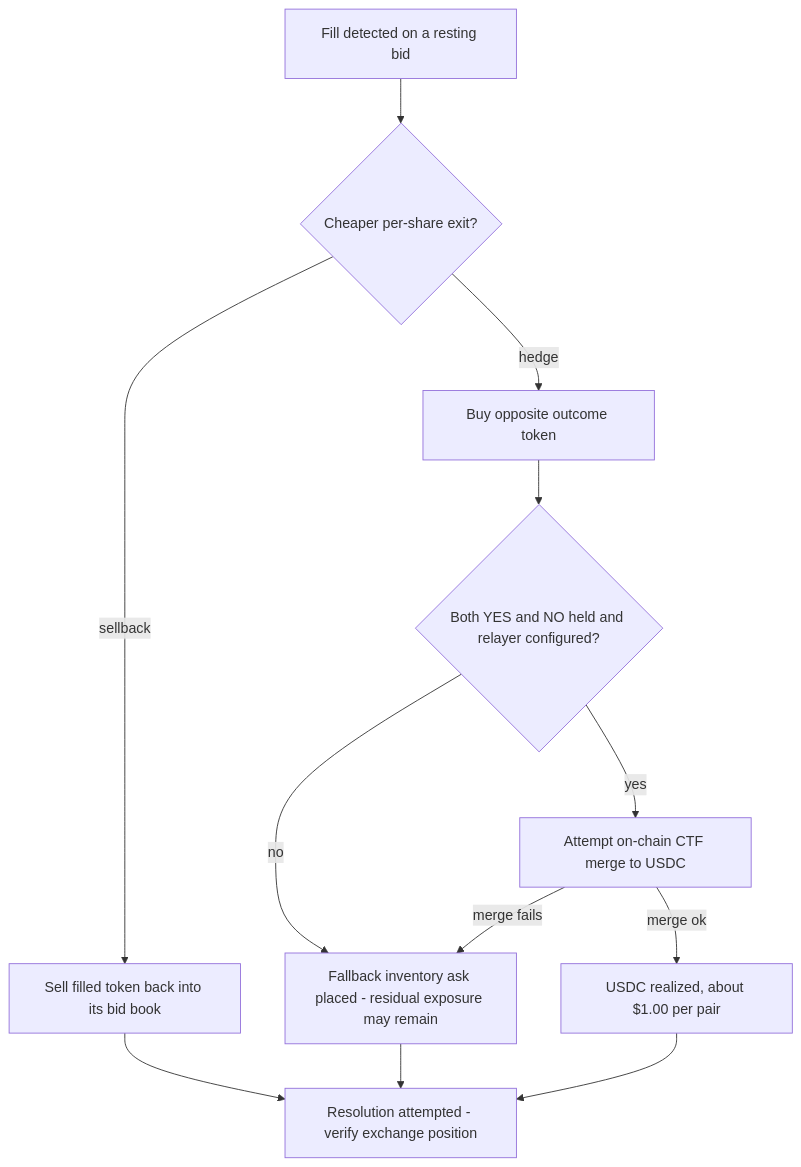
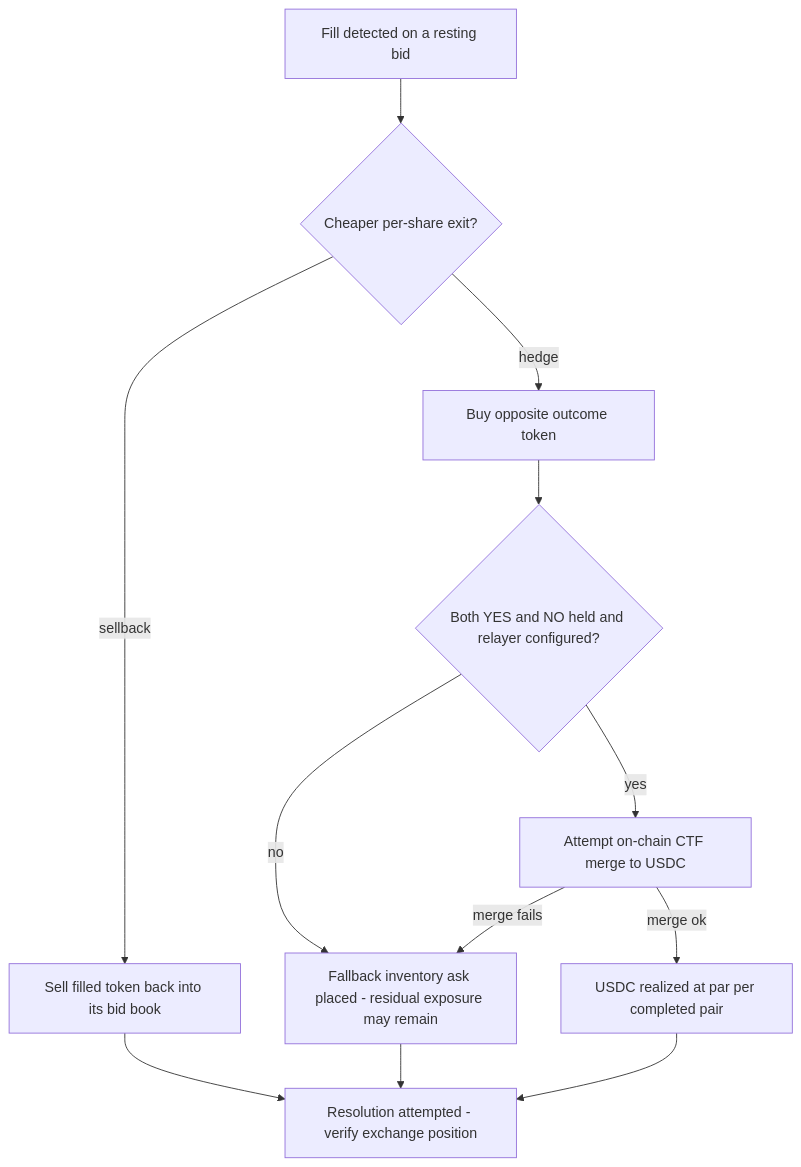
The second of 5 diagrams in README.md (atlasyoung29/SpreadEater), drawn with Mermaid before and after one commit. The commit also changed other lines of this file, not shown here.

````diff
--- a/README.md
+++ b/README.md
@@ -93,14 +93,14 @@
 ```mermaid
 flowchart TD
     F["Fill detected on a resting bid"] --> G{"Cheaper per-share exit?"}
     G -->|hedge| H["Buy opposite outcome token"]
     G -->|sellback| S["Sell filled token back into its bid book"]
     H --> M{"Both YES and NO held and relayer configured?"}
     M -->|yes| MG["Attempt on-chain CTF merge to USDC"]
     M -->|no| IA["Fallback inventory ask placed - residual exposure may remain"]
-    MG -->|merge ok| U["USDC realized, about $1.00 per pair"]
+    MG -->|merge ok| U["USDC realized at par per completed pair"]
     MG -->|merge fails| IA
     S --> V["Resolution attempted - verify exchange position"]
     IA --> V
     U --> V
 ```
````
